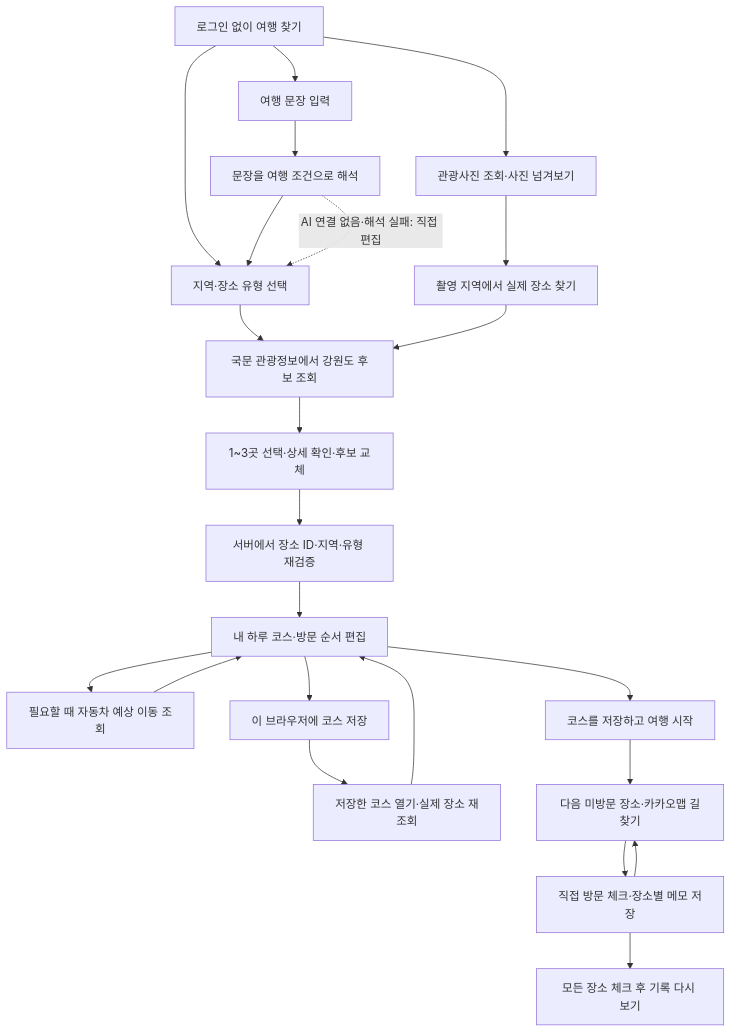
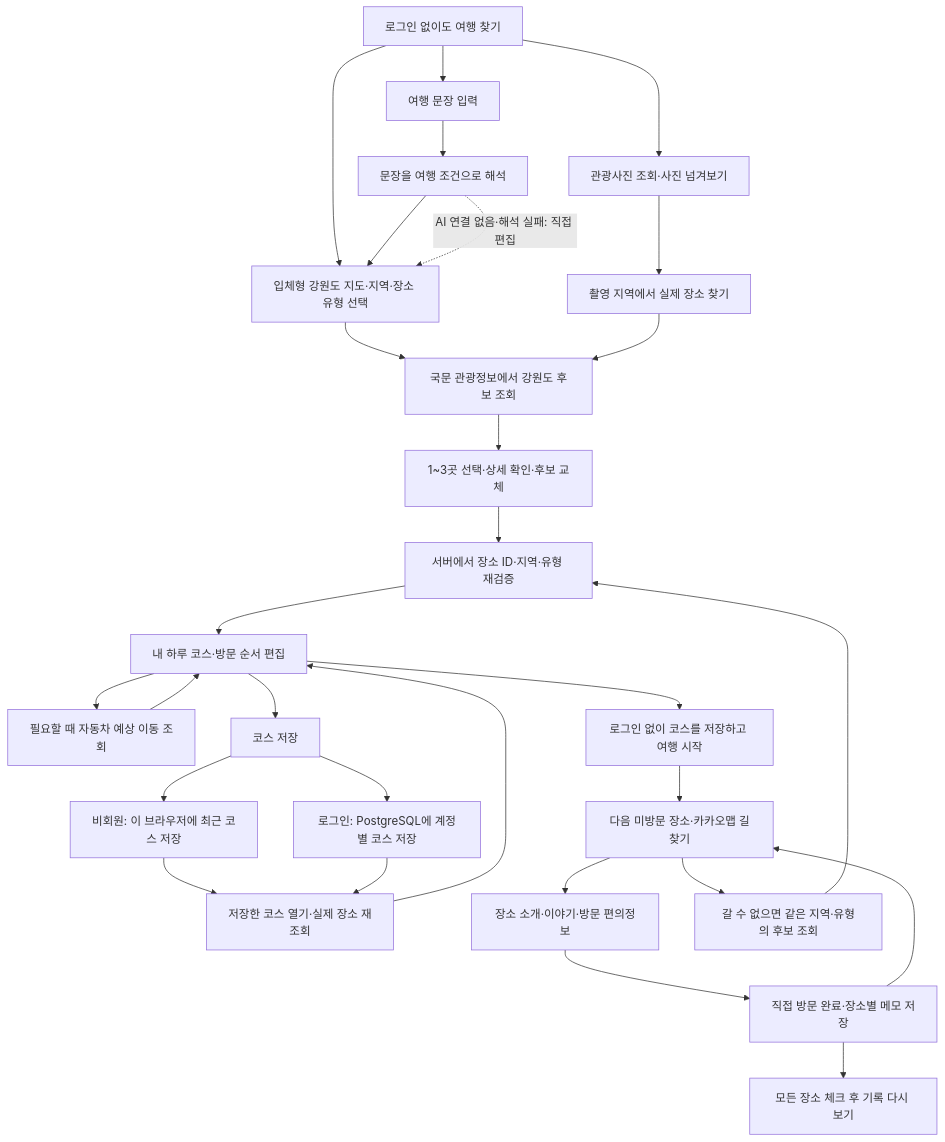
One commit to sub-blind/Giljabi changed the first of 3 diagrams in README.md. Above: the diagram before and after it, drawn with Mermaid. The commit also changed other lines of this file and 45 other files, not shown here.

````diff
--- a/README.md
+++ b/README.md
@@ -40,25 +40,31 @@
 ```mermaid
 flowchart TD
-    Start["로그인 없이 여행 찾기"] --> Conditions["지역·장소 유형 선택"]
+    Start["로그인 없이도 여행 찾기"] --> Conditions["입체형 강원도 지도·지역·장소 유형 선택"]
     Start --> Sentence["여행 문장 입력"]
     Start --> Photos["관광사진 조회·사진 넘겨보기"]
     Sentence --> Interpret["문장을 여행 조건으로 해석"]
     Interpret --> Conditions
     Interpret -. "AI 연결 없음·해석 실패: 직접 편집" .-> Conditions
     Photos --> Region["촬영 지역에서 실제 장소 찾기"]
     Conditions --> Search["국문 관광정보에서 강원도 후보 조회"]
     Region --> Search
     Search --> Select["1~3곳 선택·상세 확인·후보 교체"]
     Select --> Verify["서버에서 장소 ID·지역·유형 재검증"]
     Verify --> Course["내 하루 코스·방문 순서 편집"]
     Course --> Route["필요할 때 자동차 예상 이동 조회"]
     Route --> Course
-    Course --> Save["이 브라우저에 코스 저장"]
-    Save --> Restore["저장한 코스 열기·실제 장소 재조회"]
+    Course --> Save["코스 저장"]
+    Save --> Guest["비회원: 이 브라우저에 최근 코스 저장"]
+    Save --> Account["로그인: PostgreSQL에 계정별 코스 저장"]
+    Guest --> Restore["저장한 코스 열기·실제 장소 재조회"]
+    Account --> Restore
     Restore --> Course
-    Course --> Journey["코스를 저장하고 여행 시작"]
+    Course --> Journey["로그인 없이 코스를 저장하고 여행 시작"]
     Journey --> Next["다음 미방문 장소·카카오맵 길찾기"]
-    Next --> Record["직접 방문 체크·장소별 메모 저장"]
+    Next --> Onsite["장소 소개·이야기·방문 편의정보"]
+    Onsite --> Record["직접 방문 완료·장소별 메모 저장"]
+    Next --> Replace["갈 수 없으면 같은 지역·유형의 후보 조회"]
+    Replace --> Verify
     Record --> Next
     Record --> Finish["모든 장소 체크 후 기록 다시 보기"]
 ```
````
